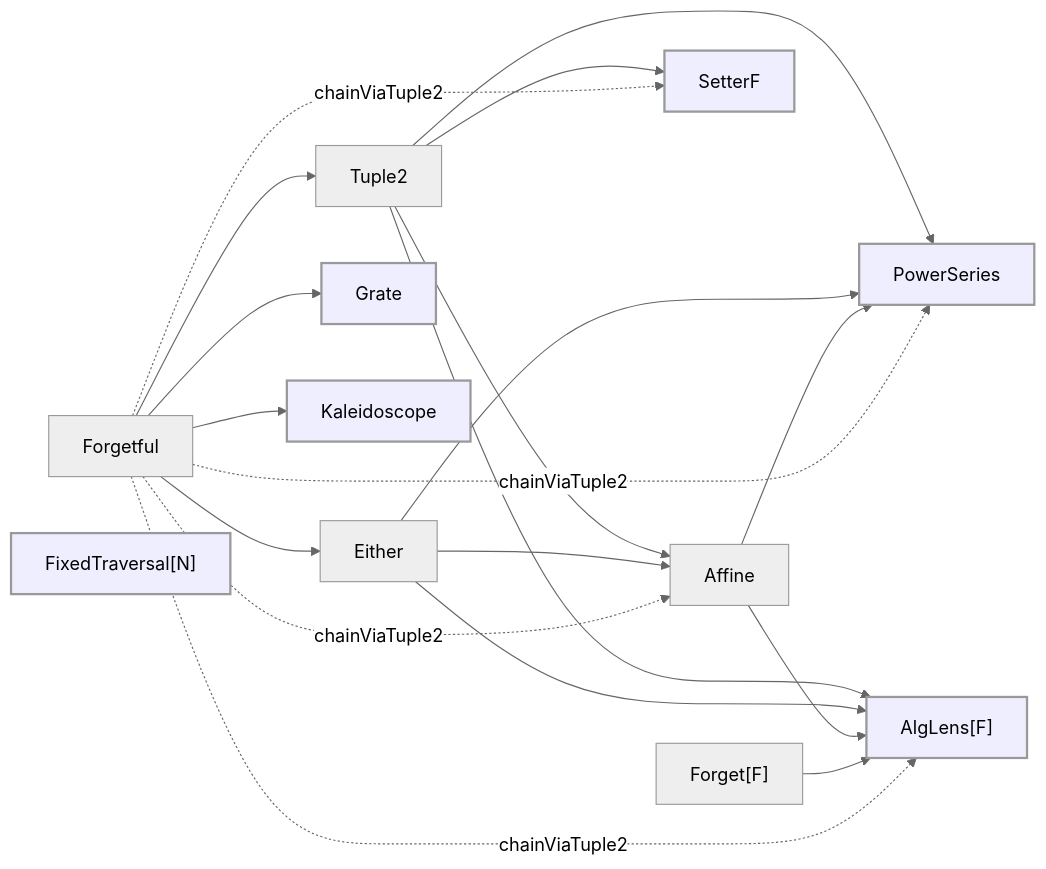
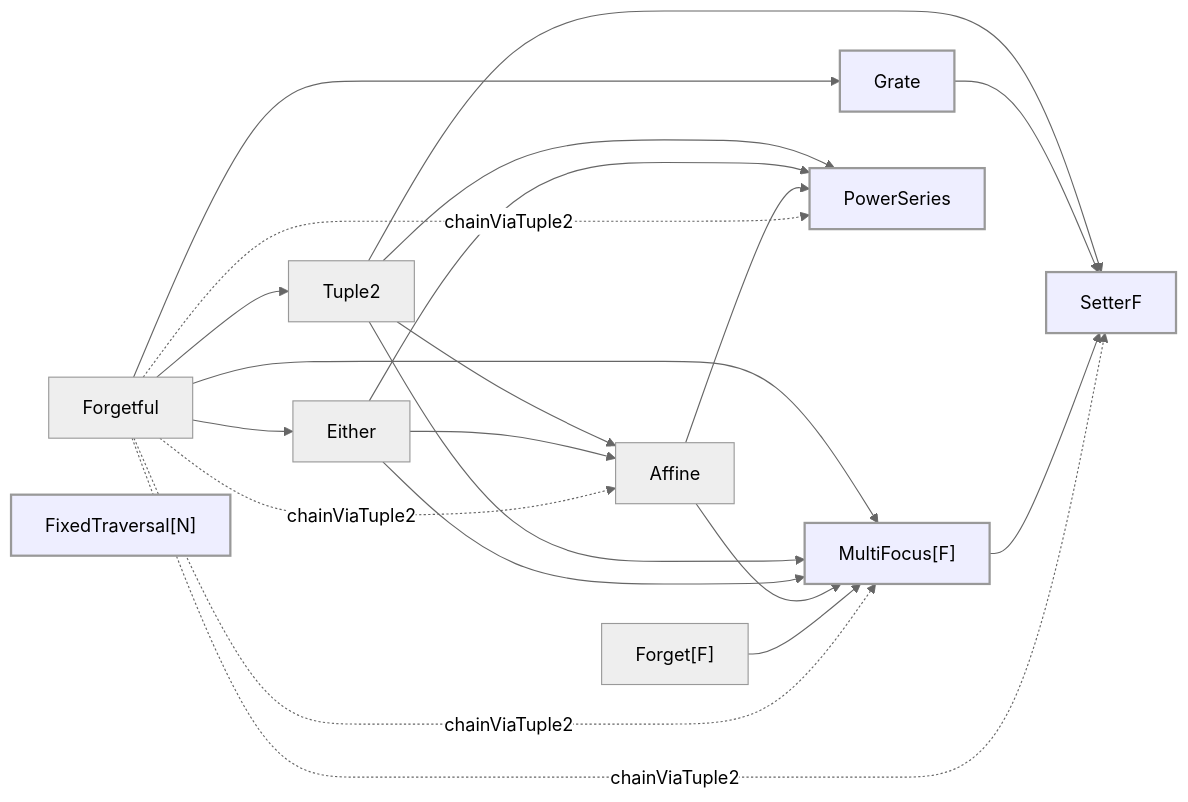
One commit to Constructive-Programming/eo changed the diagram in site/docs/concepts.md. Above: the diagram before and after it, drawn with Mermaid (neutral theme). The commit also changed other lines of this file and 9 other files, not shown here.

First line of the commit message:
docs(multifocus): collapse AlgLens + Kaleidoscope sections; update lattice + cookbook

````diff
--- a/site/docs/concepts.md
+++ b/site/docs/concepts.md
@@ -179,29 +179,30 @@
 ```mermaid
 flowchart LR
   Forgetful --> Tuple2
   Forgetful --> Either
   Forgetful --> Grate
-  Forgetful --> Kaleidoscope
+  Forgetful --> MFocus["MultiFocus[F]"]
   Tuple2 --> Affine
   Tuple2 --> SetterF
   Tuple2 --> PowerSeries
-  Tuple2 --> AlgLensF["AlgLens[F]"]
+  Tuple2 --> MFocus
   Either --> Affine
   Either --> PowerSeries
-  Either --> AlgLensF
+  Either --> MFocus
   Affine --> PowerSeries
-  Affine --> AlgLensF
-  ForgetF["Forget[F]"] --> AlgLensF
+  Affine --> MFocus
+  ForgetF["Forget[F]"] --> MFocus
+  Grate --> SetterF
+  MFocus --> SetterF
   Forgetful -.->|chainViaTuple2| Affine
   Forgetful -.->|chainViaTuple2| SetterF
   Forgetful -.->|chainViaTuple2| PowerSeries
-  Forgetful -.->|chainViaTuple2| AlgLensF
+  Forgetful -.->|chainViaTuple2| MFocus
   FixedN["FixedTraversal[N]"]
   SetterF:::sink
-  AlgLensF:::sink
-  Kaleidoscope:::sink
+  MFocus:::sink
   Grate:::sink
   PowerSeries:::sink
   FixedN:::sink
   classDef sink stroke-dasharray: 0,stroke-width:2px,fill:#eef
 ```
````
